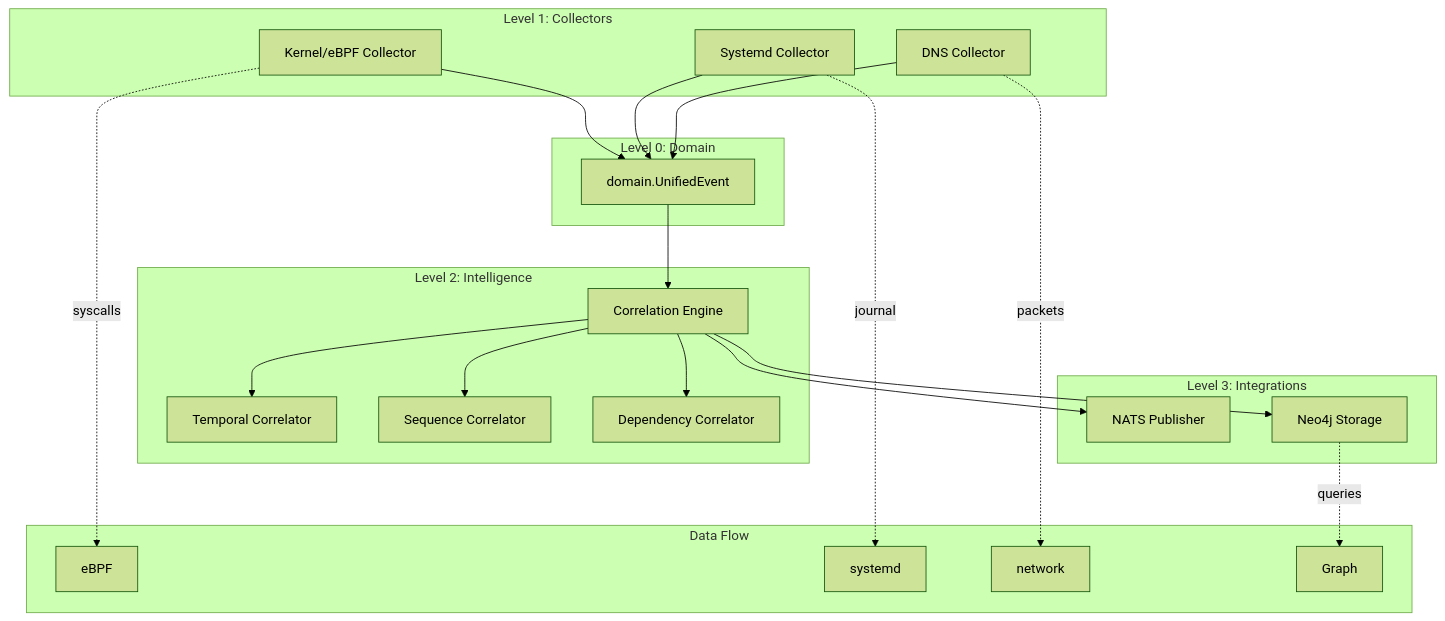
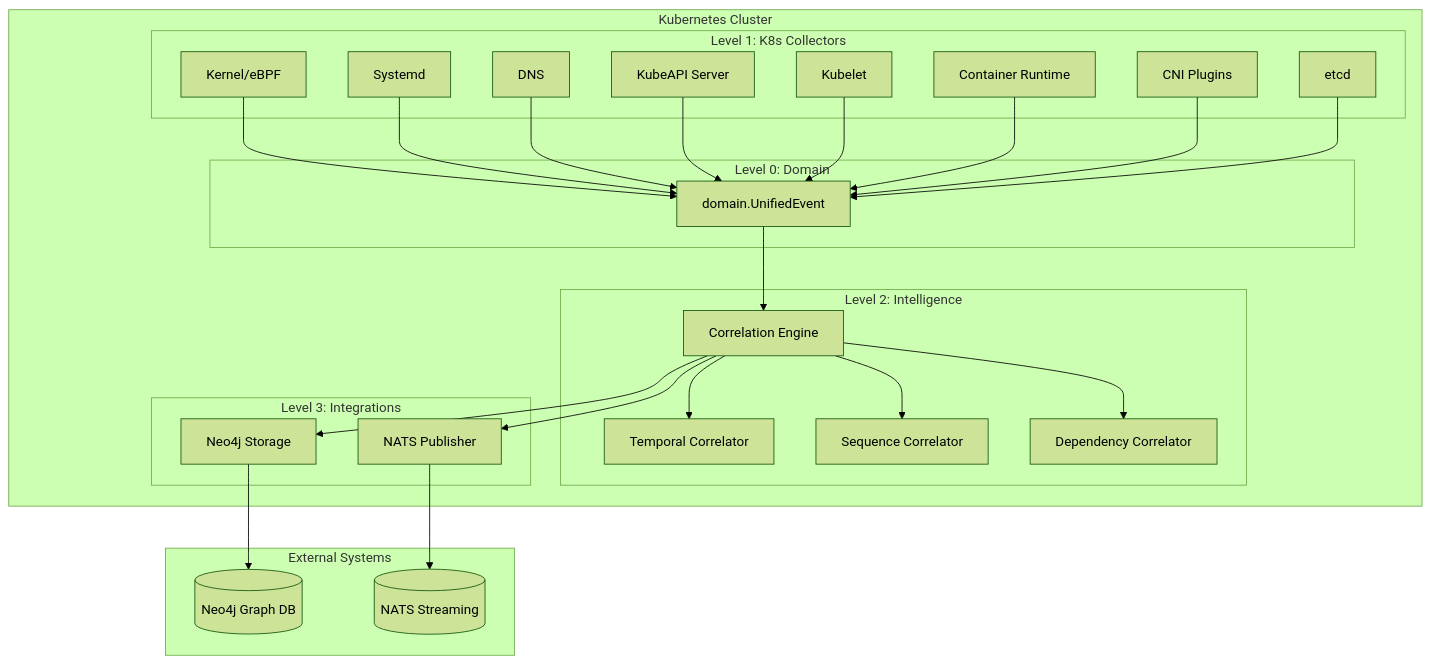
One commit to yairfalse/tapio changed the diagram in README.md. Above: the diagram before and after it, drawn with Mermaid (forest theme). The commit also changed other lines of this file, not shown here.

Commit message:
docs: update README with complete K8s collector list and observability goals
- Added all 8 collectors: kernel, systemd, dns, kubeapi, kubelet, cri, cni, etcd
- Updated architecture diagram to show Kubernetes cluster context
- Added K8s observability intelligence mission and cross-component correlation
- Removed outdated limitation about incomplete K8s collectors

🤖 Generated with [Claude Code](https://claude.ai/code)

````diff
--- a/README.md
+++ b/README.md
@@ -16,40 +25,52 @@
 ```mermaid
 graph TD
-    subgraph "Level 0: Domain"
-        D[domain.UnifiedEvent]
+    subgraph "Kubernetes Cluster"
+        subgraph "Level 0: Domain"
+            D[domain.UnifiedEvent]
+        end
+        
+        subgraph "Level 1: K8s Collectors"
+            K[Kernel/eBPF]
+            S[Systemd]
+            DNS[DNS]
+            KA[KubeAPI Server]
+            KL[Kubelet]
+            CRI[Container Runtime]
+            CNI[CNI Plugins]
+            E[etcd]
+            K --> D
+            S --> D
+            DNS --> D
+            KA --> D
+            KL --> D
+            CRI --> D
+            CNI --> D
+            E --> D
+        end
+        
+        subgraph "Level 2: Intelligence"
+            CE[Correlation Engine]
+            TC[Temporal Correlator]
+            SC[Sequence Correlator]
+            DC[Dependency Correlator]
+            D --> CE
+            CE --> TC
+            CE --> SC
+            CE --> DC
+        end
+        
+        subgraph "Level 3: Integrations"
+            NATS[NATS Publisher]
+            NEO[Neo4j Storage]
+            CE --> NATS
+            CE --> NEO
+        end
     end
     
-    subgraph "Level 1: Collectors"
-        K[Kernel/eBPF Collector]
-        S[Systemd Collector]
-        DNS[DNS Collector]
-        K --> D
-        S --> D
-        DNS --> D
-    end
-    
-    subgraph "Level 2: Intelligence"
-        CE[Correlation Engine]
-        TC[Temporal Correlator]
-        SC[Sequence Correlator]
-        DC[Dependency Correlator]
-        D --> CE
-        CE --> TC
-        CE --> SC
-        CE --> DC
-    end
-    
-    subgraph "Level 3: Integrations"
-        NATS[NATS Publisher]
-        NEO[Neo4j Storage]
-        CE --> NATS
-        CE --> NEO
-    end
-    
-    subgraph "Data Flow"
-        K -.->|syscalls| eBPF
-        S -.->|journal| systemd
-        DNS -.->|packets| network
-        NEO -.->|queries| Graph
+    subgraph "External Systems"
+        Graph[(Neo4j Graph DB)]
+        Stream[(NATS Streaming)]
+        NEO --> Graph
+        NATS --> Stream
     end
 ```
````
